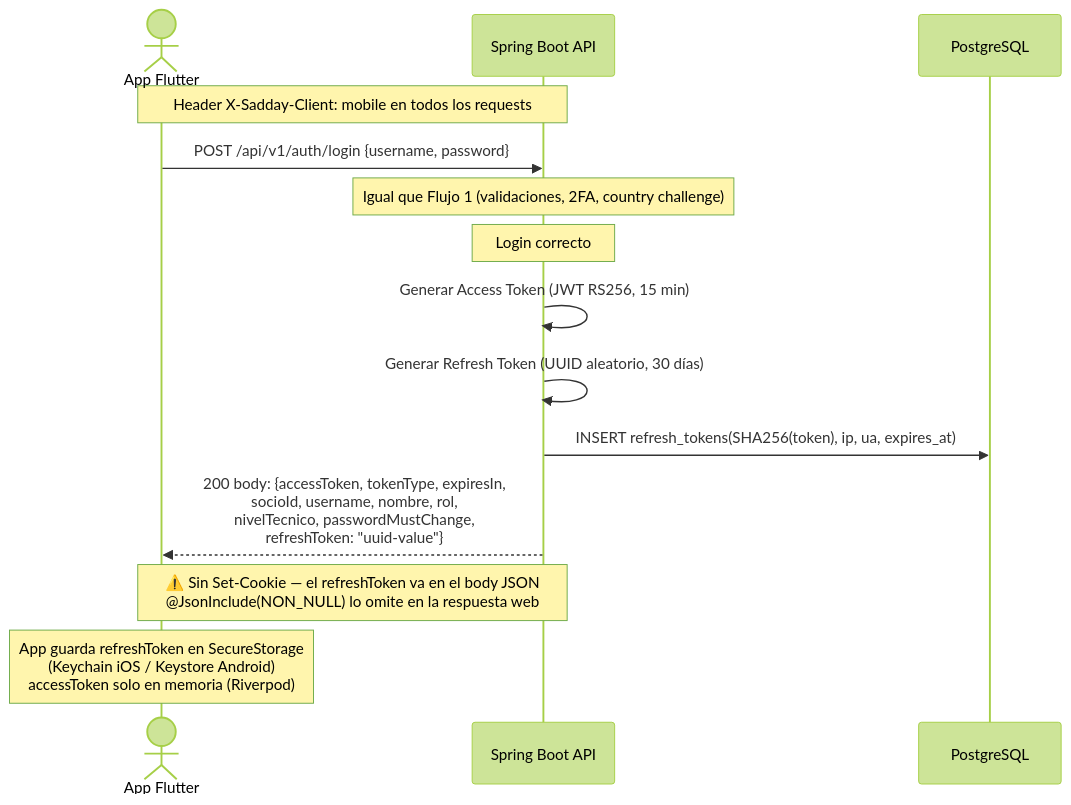
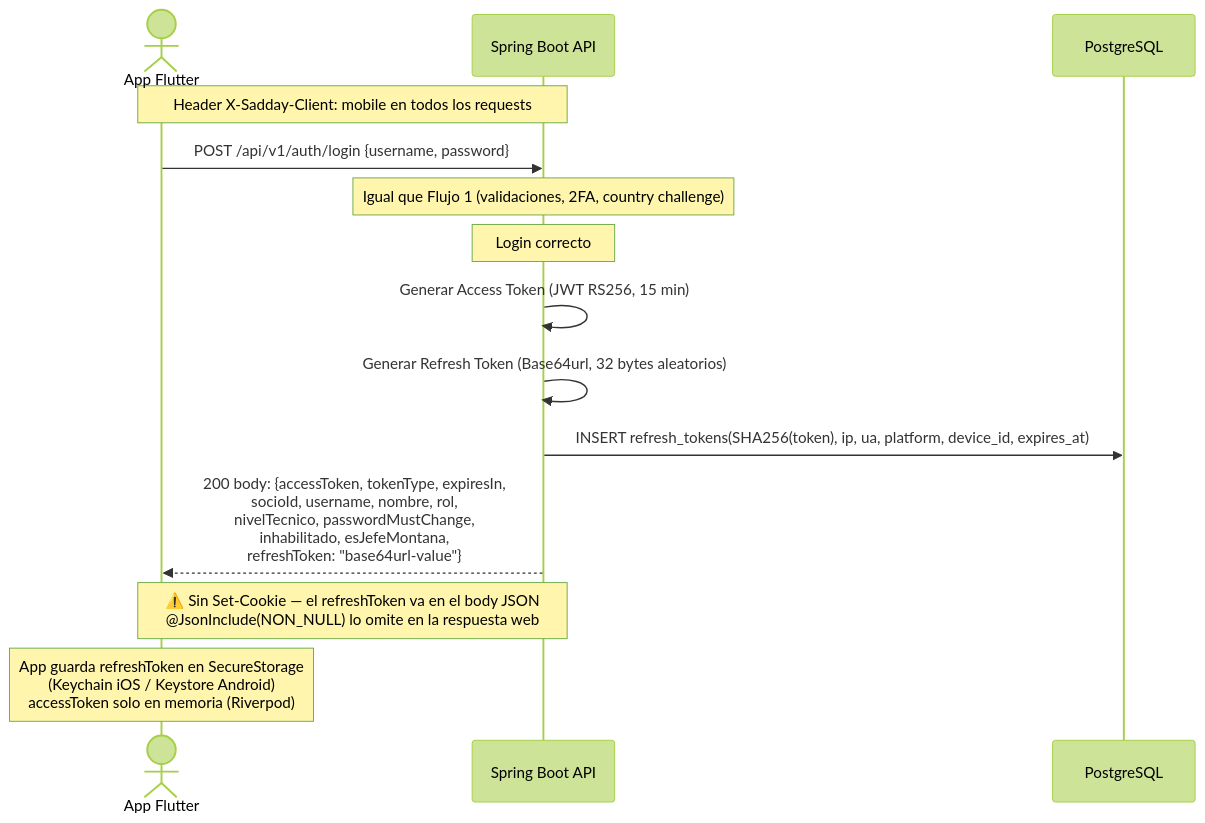
Before and after one commit to ovo86da/sadday-app: the eighth of 10 diagrams in docs/security/diagramas/02_flujos_autenticacion.md, drawn with Mermaid (forest theme). The commit also changed other lines of this file, not shown here.

First line of the commit message:
docs(security): actualizar diagramas de autenticación para reflejar implementación real

````diff
--- a/docs/security/diagramas/02_flujos_autenticacion.md
+++ b/docs/security/diagramas/02_flujos_autenticacion.md
@@ -202,21 +304,21 @@
 ```mermaid
 sequenceDiagram
     actor App as App Flutter
     participant API as Spring Boot API
     participant DB as PostgreSQL
 
     Note over App,API: Header X-Sadday-Client: mobile en todos los requests
 
     App->>API: POST /api/v1/auth/login {username, password}
     Note over API: Igual que Flujo 1 (validaciones, 2FA, country challenge)
     Note over API: Login correcto
 
     API->>API: Generar Access Token (JWT RS256, 15 min)
-    API->>API: Generar Refresh Token (UUID aleatorio, 30 días)
-    API->>DB: INSERT refresh_tokens(SHA256(token), ip, ua, expires_at)
+    API->>API: Generar Refresh Token (Base64url, 32 bytes aleatorios)
+    API->>DB: INSERT refresh_tokens(SHA256(token), ip, ua, platform, device_id, expires_at)
 
-    API-->>App: 200 body: {accessToken, tokenType, expiresIn,<br/>socioId, username, nombre, rol,<br/>nivelTecnico, passwordMustChange,<br/>refreshToken: "uuid-value"}
+    API-->>App: 200 body: {accessToken, tokenType, expiresIn,<br/>socioId, username, nombre, rol,<br/>nivelTecnico, passwordMustChange,<br/>inhabilitado, esJefeMontana,<br/>refreshToken: "base64url-value"}
     Note over API,App: ⚠️ Sin Set-Cookie — el refreshToken va en el body JSON<br/>@JsonInclude(NON_NULL) lo omite en la respuesta web
 
     Note over App: App guarda refreshToken en SecureStorage<br/>(Keychain iOS / Keystore Android)<br/>accessToken solo en memoria (Riverpod)
 ```
````
